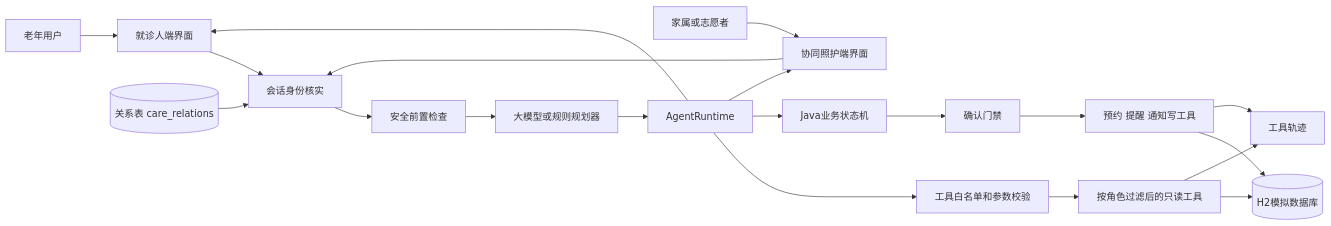
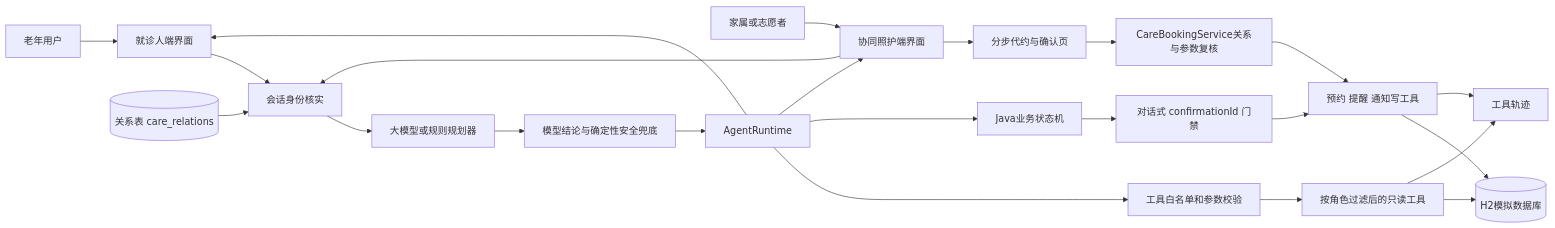
The first of 2 diagrams in docs/设计思路报告.md (zhaoqingqing666/silver-followup-agent), drawn with Mermaid before and after one commit. The commit also changed other lines of this file and 4 other files, not shown here.

````diff
--- a/docs/设计思路报告.md
+++ b/docs/设计思路报告.md
@@ -90,22 +96,25 @@
 ```mermaid
 flowchart LR
     U[老年用户] --> UI[就诊人端界面]
     C[家属或志愿者] --> CUI[协同照护端界面]
     UI --> ID[会话身份核实]
     CUI --> ID
     REL[(关系表 care_relations)] --> ID
-    ID --> SG[安全前置检查]
-    SG --> PL[大模型或规则规划器]
-    PL --> AR[AgentRuntime]
+    ID --> PL[大模型或规则规划器]
+    PL --> SG[模型结论与确定性安全兜底]
+    SG --> AR[AgentRuntime]
     AR --> TP[工具白名单和参数校验]
     TP --> RT[按角色过滤后的只读工具]
     RT --> DB[(H2模拟数据库)]
     AR --> WF[Java业务状态机]
-    WF --> CF[确认门禁]
+    WF --> CF[对话式 confirmationId 门禁]
     CF --> WT[预约 提醒 通知写工具]
     WT --> DB
+    CUI --> G[分步代约与确认页]
+    G --> CBS[CareBookingService关系与参数复核]
+    CBS --> WT
     RT --> TRACE[工具轨迹]
     WT --> TRACE
     AR --> UI
     AR --> CUI
 ```
````
